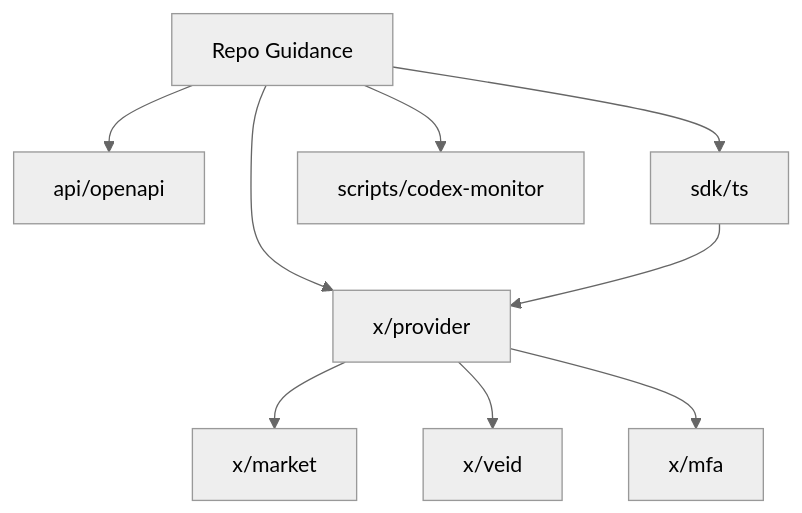
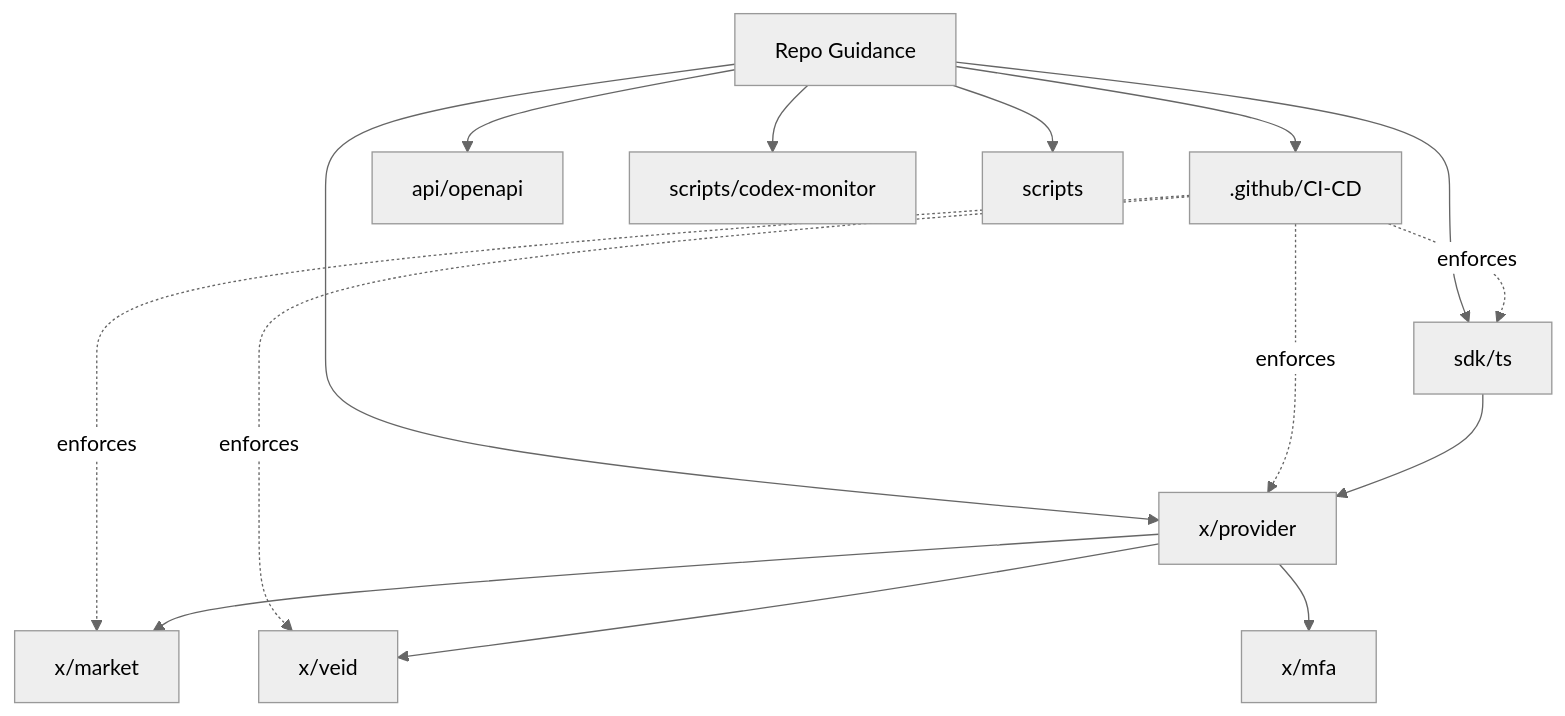
Before and after one commit to virtengine/virtengine: the diagram in docs/AGENTS_INDEX.md, drawn with Mermaid (neutral theme). The commit also changed other lines of this file and 1 other file, not shown here.

````diff
--- a/docs/AGENTS_INDEX.md
+++ b/docs/AGENTS_INDEX.md
@@ -18,21 +19,30 @@
 ```mermaid
 flowchart TD
   Root[Repo Guidance]
+  CI[.github/CI-CD]
   API[api/openapi]
   Provider[x/provider]
   SDK[sdk/ts]
   Monitor[scripts/codex-monitor]
+  Scripts[scripts]
   Market[x/market]
   VEID[x/veid]
   MFA[x/mfa]
 
+  Root --> CI
   Root --> API
   Root --> Provider
   Root --> SDK
   Root --> Monitor
+  Root --> Scripts
+
+  CI -.enforces.-> Provider
+  CI -.enforces.-> SDK
+  CI -.enforces.-> Market
+  CI -.enforces.-> VEID
 
   Provider --> Market
   Provider --> VEID
   Provider --> MFA
   SDK --> Provider
 ```
````
